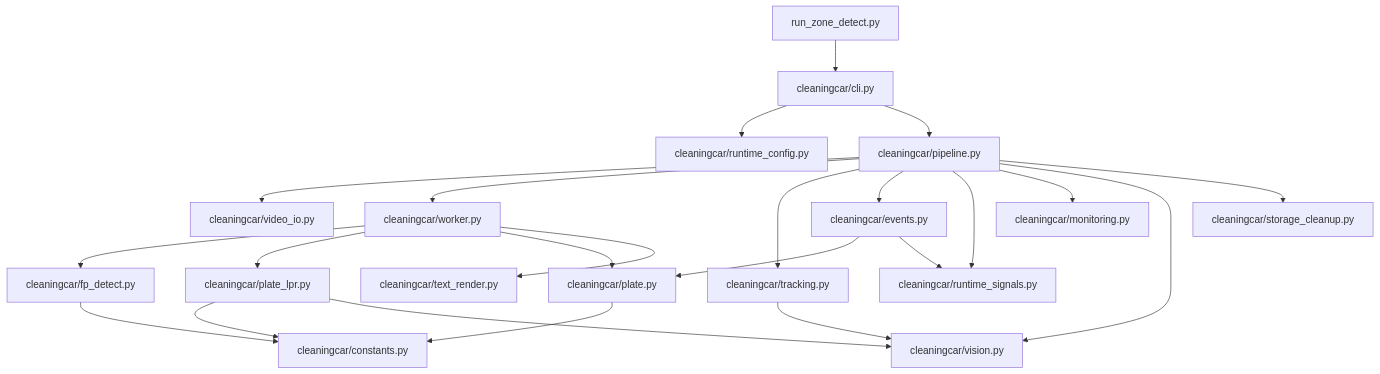
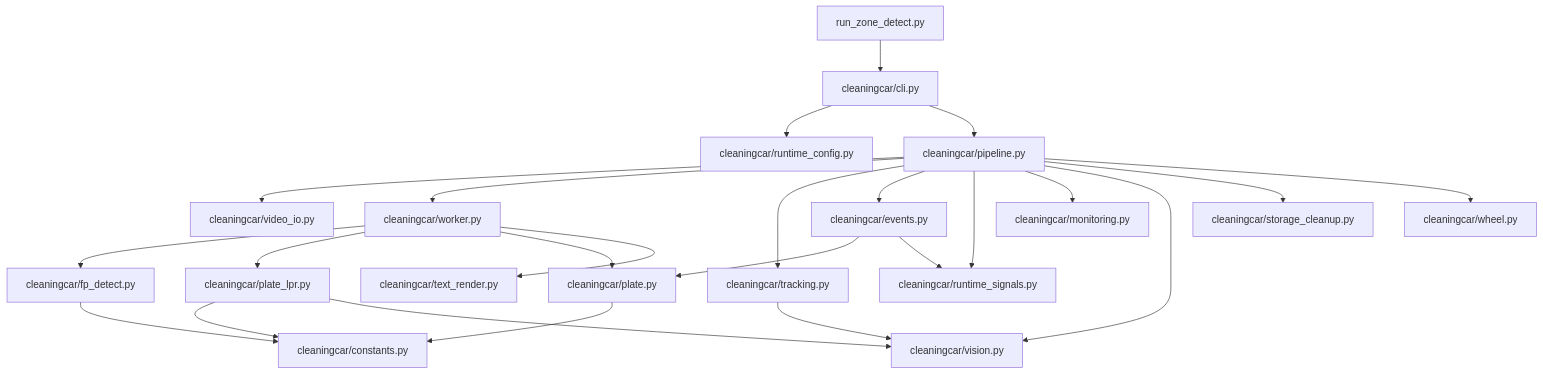
One commit to NanQING02/2026.3.15cleaningcar-codex changed the diagram in cleaningcar/README.md. Above: the diagram before and after it, drawn with Mermaid. The commit also changed other lines of this file and 18 other files, not shown here.

````diff
--- a/cleaningcar/README.md
+++ b/cleaningcar/README.md
@@ -89,28 +98,29 @@
 ```mermaid
 flowchart TD
     A["run_zone_detect.py"] --> B["cleaningcar/cli.py"]
     B --> C["cleaningcar/runtime_config.py"]
     B --> D["cleaningcar/pipeline.py"]
 
     D --> E["cleaningcar/video_io.py"]
     D --> F["cleaningcar/worker.py"]
     D --> G["cleaningcar/tracking.py"]
     D --> H["cleaningcar/events.py"]
     D --> I["cleaningcar/runtime_signals.py"]
     D --> J["cleaningcar/monitoring.py"]
     D --> K["cleaningcar/vision.py"]
     D --> L["cleaningcar/storage_cleanup.py"]
+    D --> R["cleaningcar/wheel.py"]
 
     F --> M["cleaningcar/fp_detect.py"]
     F --> N["cleaningcar/plate_lpr.py"]
     F --> O["cleaningcar/plate.py"]
     F --> P["cleaningcar/text_render.py"]
 
     M --> Q["cleaningcar/constants.py"]
     N --> Q
     O --> Q
     H --> O
     H --> I
     G --> K
     N --> K
 ```
````
